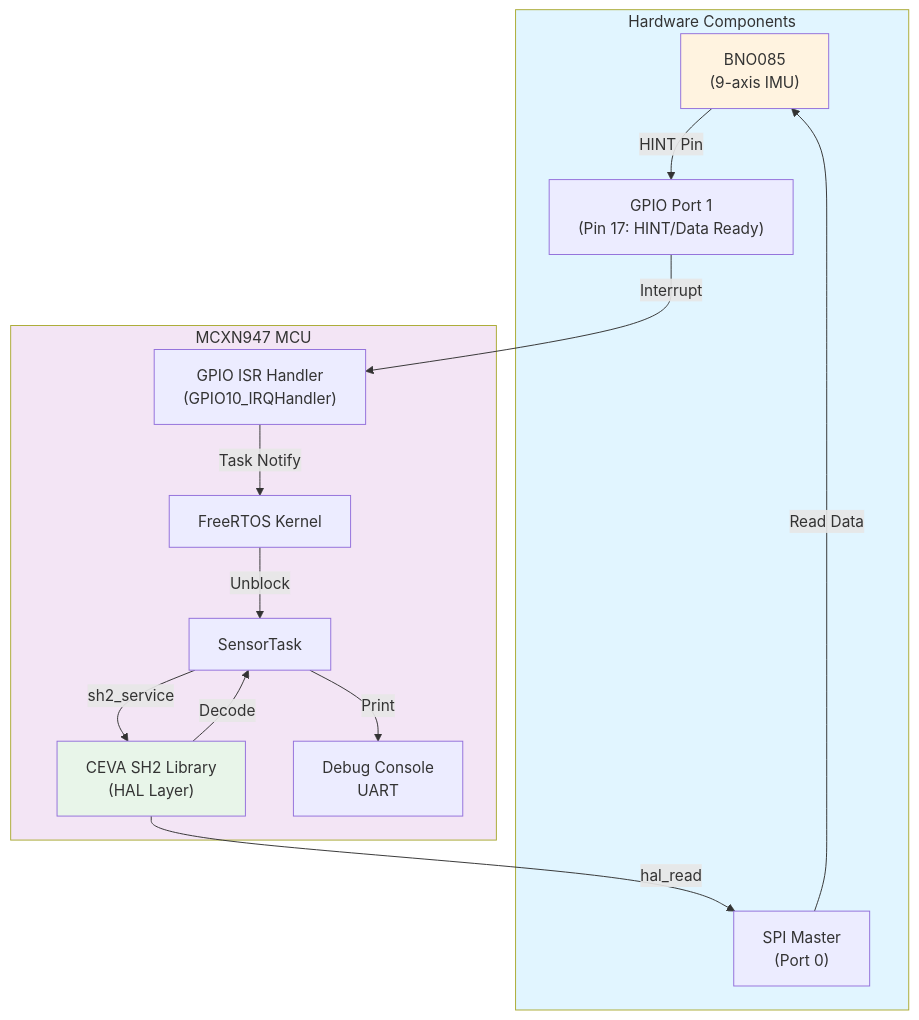
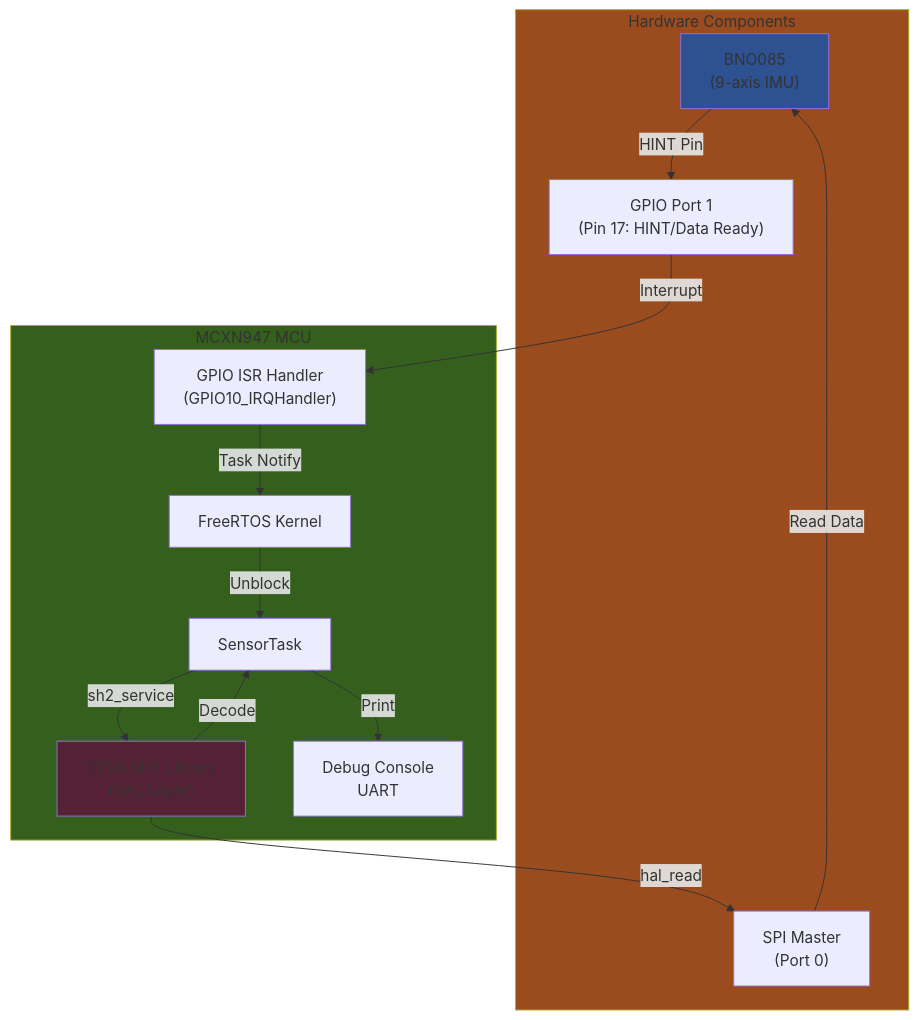
One commit to ivansigala/drone changed the first of 4 diagrams in README.md. Above: the diagram before and after it, drawn with Mermaid. The commit also changed other lines of this file, not shown here.

````diff
--- a/README.md
+++ b/README.md
@@ -29,31 +29,31 @@
 ```mermaid
 graph TB
     subgraph Hardware["Hardware Components"]
         BNO["BNO085<br/>(9-axis IMU)"]
         GPIO["GPIO Port 1<br/>(Pin 17: HINT/Data Ready)"]
         SPI["SPI Master<br/>(Port 0)"]
     end
     
     subgraph MCU["MCXN947 MCU"]
         ISR["GPIO ISR Handler<br/>(GPIO10_IRQHandler)"]
         Kernel["FreeRTOS Kernel"]
         Task["SensorTask"]
         CEVA["CEVA SH2 Library<br/>(HAL Layer)"]
         Console["Debug Console<br/>UART"]
     end
     
     BNO -->|HINT Pin| GPIO
     GPIO -->|Interrupt| ISR
     ISR -->|Task Notify| Kernel
     Kernel -->|Unblock| Task
     Task -->|sh2_service| CEVA
     CEVA -->|hal_read| SPI
     SPI -->|Read Data| BNO
     CEVA -->|Decode| Task
     Task -->|Print| Console
     
-    style Hardware fill:#e1f5ff
-    style MCU fill:#f3e5f5
-    style BNO fill:#fff3e0
-    style CEVA fill:#e8f5e9
+    style Hardware fill:#9a4c1f
+    style MCU fill:#355f1d
+    style BNO fill:#2e5291
+    style CEVA fill:#572135
 ```
````
